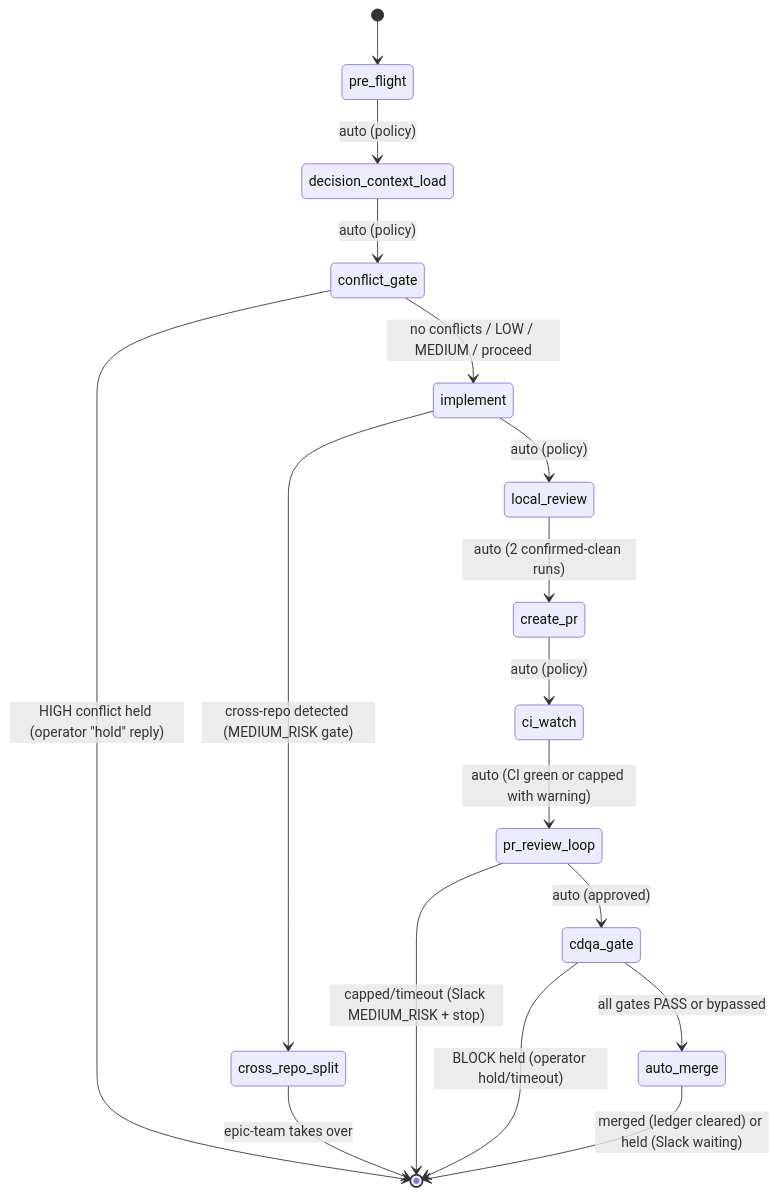
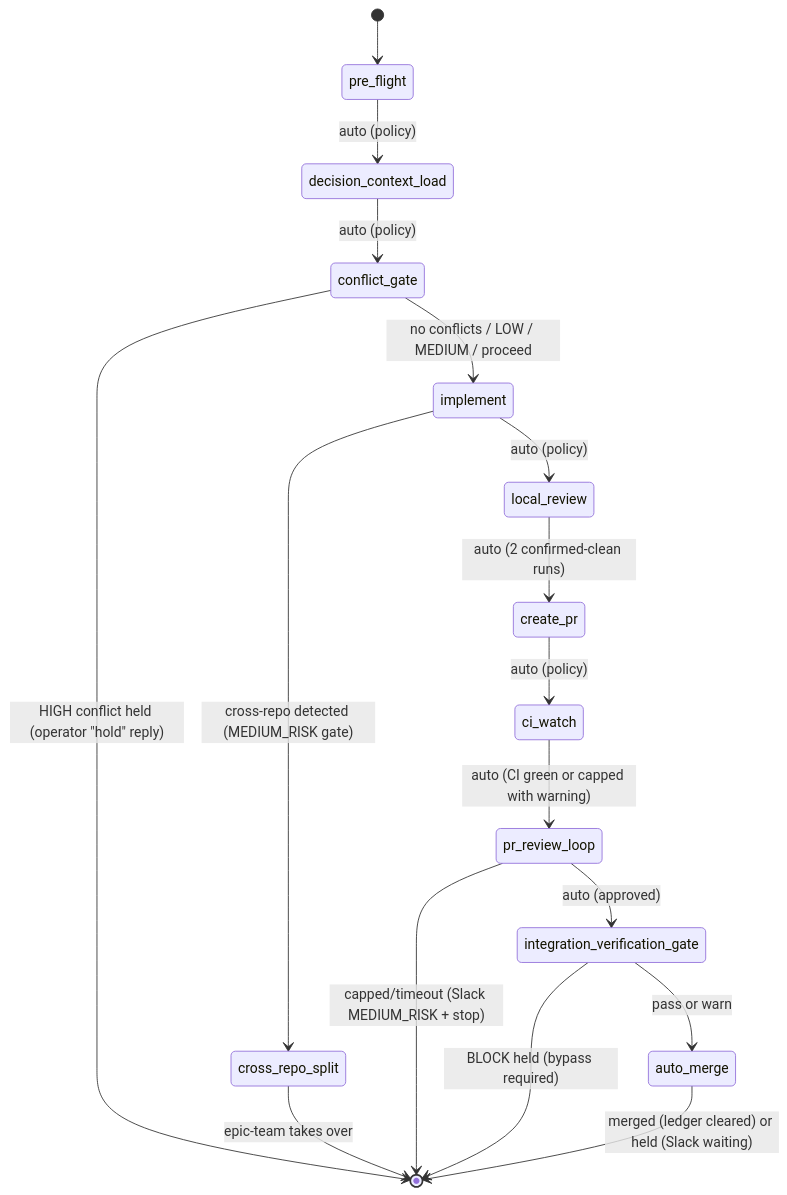
The diagram in plugins/onex/skills/ticket-pipeline/SKILL.md (OmniNode-ai/omniclaude), drawn with Mermaid before and after one commit. The commit also changed other lines of this file and 2 other files, not shown here.

First line of the commit message:
feat(ticket-pipeline): Phase 5.75 integration verification gate Stage 1 [OMN-3344]

````diff
--- a/plugins/onex/skills/ticket-pipeline/SKILL.md
+++ b/plugins/onex/skills/ticket-pipeline/SKILL.md
@@ -185,19 +185,19 @@
 ```mermaid
 stateDiagram-v2
     [*] --> pre_flight
     pre_flight --> decision_context_load : auto (policy)
     decision_context_load --> conflict_gate : auto (policy)
     conflict_gate --> implement : no conflicts / LOW / MEDIUM / proceed
     conflict_gate --> [*] : HIGH conflict held (operator "hold" reply)
     implement --> local_review : auto (policy)
     implement --> cross_repo_split : cross-repo detected (MEDIUM_RISK gate)
     cross_repo_split --> [*] : epic-team takes over
     local_review --> create_pr : auto (2 confirmed-clean runs)
     create_pr --> ci_watch : auto (policy)
     ci_watch --> pr_review_loop : auto (CI green or capped with warning)
-    pr_review_loop --> cdqa_gate : auto (approved)
+    pr_review_loop --> integration_verification_gate : auto (approved)
     pr_review_loop --> [*] : capped/timeout (Slack MEDIUM_RISK + stop)
-    cdqa_gate --> auto_merge : all gates PASS or bypassed
-    cdqa_gate --> [*] : BLOCK held (operator hold/timeout)
+    integration_verification_gate --> auto_merge : pass or warn
+    integration_verification_gate --> [*] : BLOCK held (bypass required)
     auto_merge --> [*] : merged (ledger cleared) or held (Slack waiting)
 ```
````
